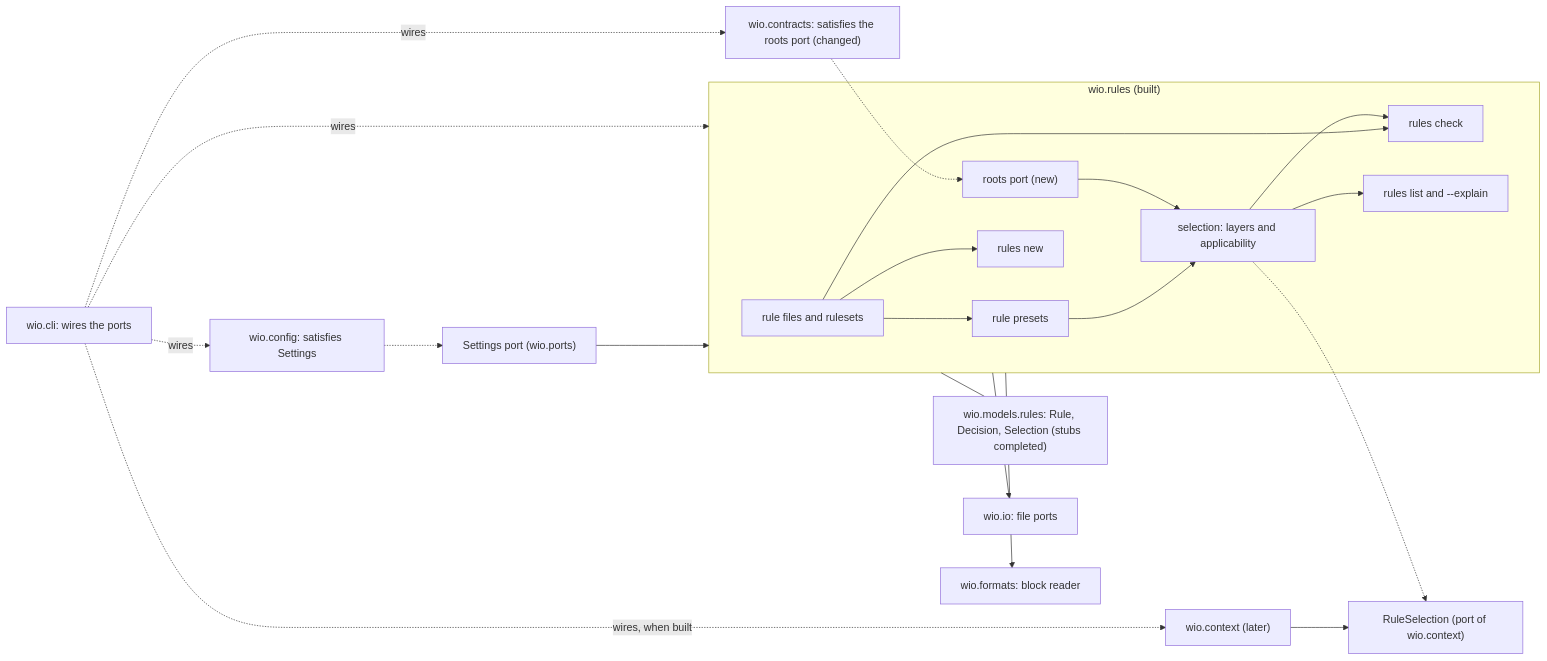
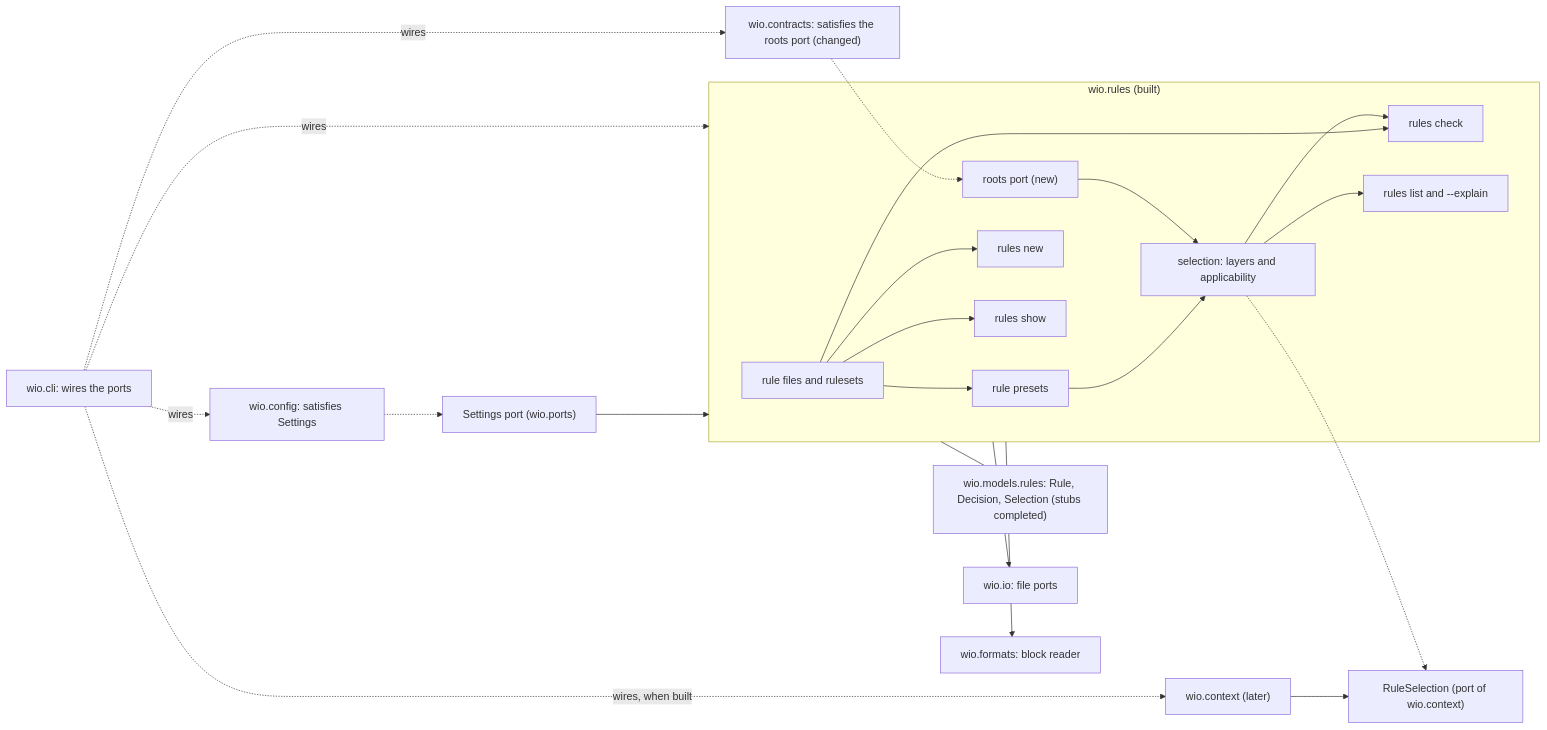
One commit to msitarz/wio changed the second of 2 diagrams in .agents/wio/works/wio-rules/README.md. Above: the diagram before and after it, drawn with Mermaid. The commit also changed other lines of this file, not shown here.

First line of the commit message:
docs(rules): add wio rules show and the description of a rule to the wio rules Work

````diff
--- a/.agents/wio/works/wio-rules/README.md
+++ b/.agents/wio/works/wio-rules/README.md
@@ -194,39 +200,41 @@
 ```mermaid
 flowchart LR
     subgraph rules["wio.rules (built)"]
         files["rule files and rulesets"]
         presets["rule presets"]
         select["selection: layers and applicability"]
         rootsport["roots port (new)"]
         new["rules new"]
         check["rules check"]
         list["rules list and --explain"]
+        show["rules show"]
     end
     models["wio.models.rules: Rule, Decision, Selection (stubs completed)"]
     io["wio.io: file ports"]
     fmt["wio.formats: block reader"]
     settings["Settings port (wio.ports)"]
     selport["RuleSelection (port of wio.context)"]
     config["wio.config: satisfies Settings"]
     contracts["wio.contracts: satisfies the roots port (changed)"]
     ctx["wio.context (later)"]
     cli["wio.cli: wires the ports"]
     files --> presets --> select
     files --> new
     files --> check
+    files --> show
     select --> check
     select --> list
     rootsport --> select
     rules --- models
     rules --> io
     rules --> fmt
     settings --> rules
     config -.-> settings
     contracts -.-> rootsport
     select -.-> selport
     ctx --> selport
     cli -. "wires" .-> rules
     cli -. "wires" .-> config
     cli -. "wires" .-> contracts
     cli -. "wires, when built" .-> ctx
 ```
````
